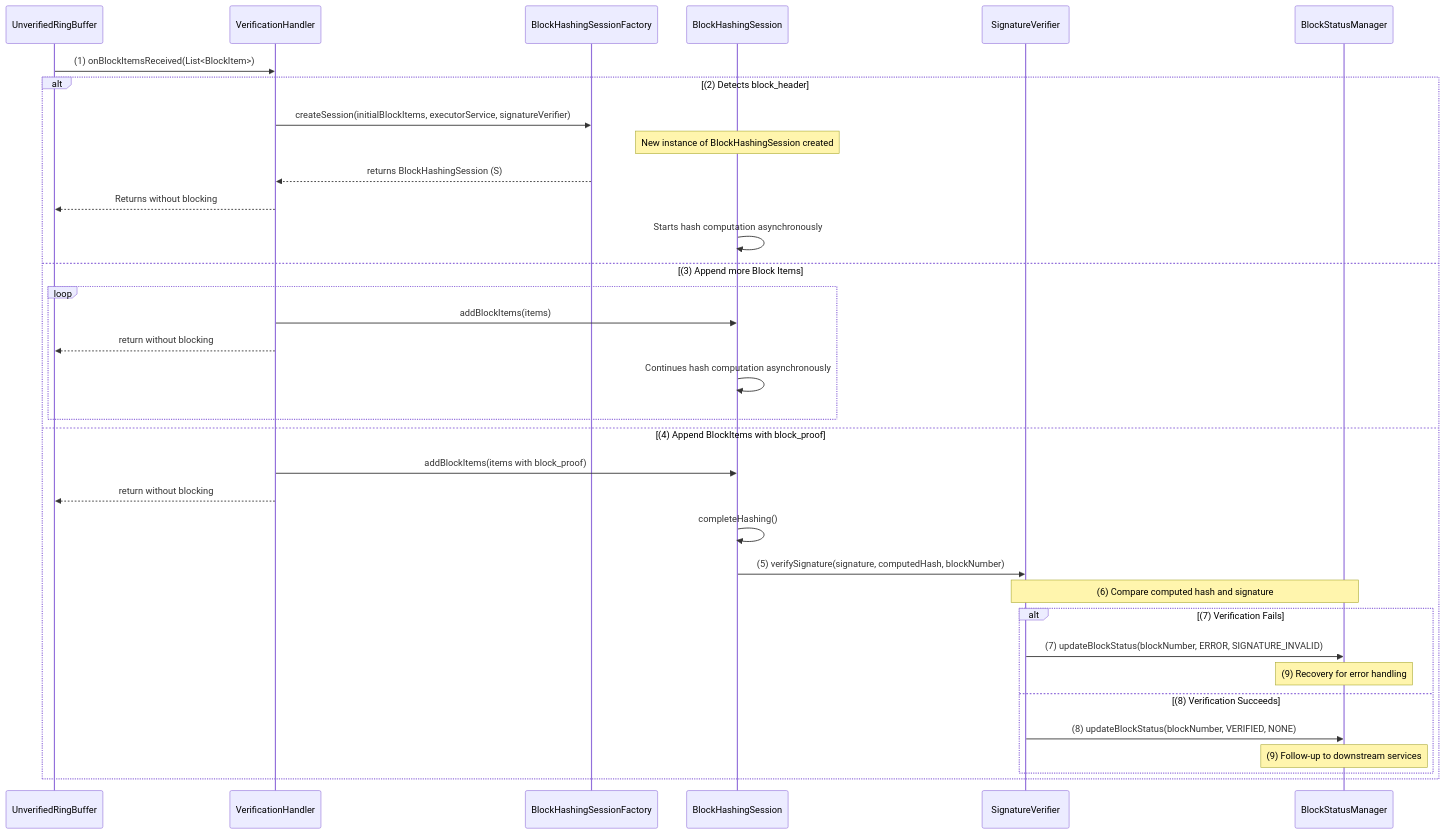
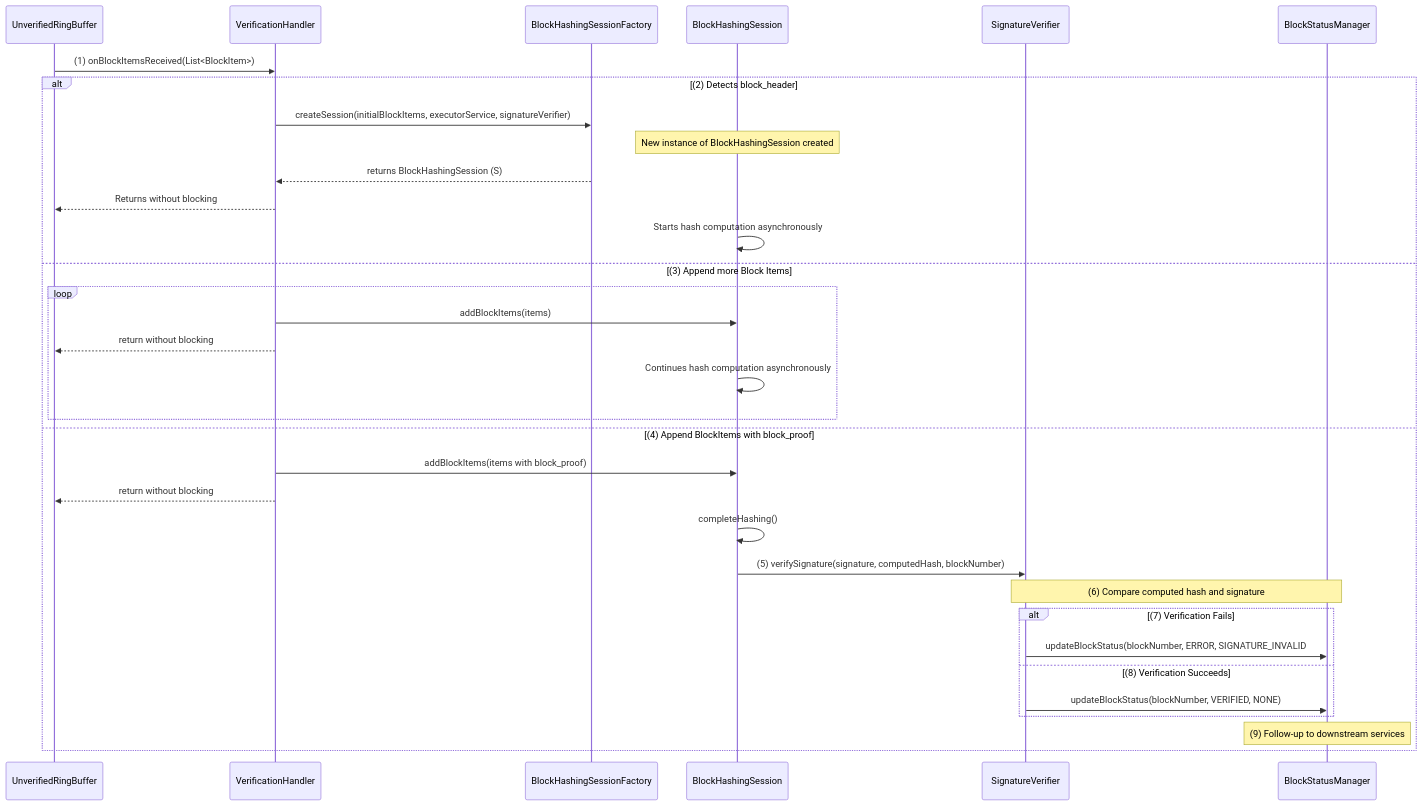
One commit to hashgraph/hedera-block-node changed the diagram in server/docs/design/block-verification.md. Above: the diagram before and after it, drawn with Mermaid.

Commit message:
further simplification and cleaning of diagram

````diff
--- a/server/docs/design/block-verification.md
+++ b/server/docs/design/block-verification.md
@@ -69,51 +69,50 @@
 ```mermaid
 sequenceDiagram
     participant U as UnverifiedRingBuffer
     participant V as VerificationHandler
     participant F as BlockHashingSessionFactory
     participant S as BlockHashingSession
     participant SV as SignaturesequenceDiagram
     participant U as UnverifiedRingBuffer
     participant V as VerificationHandler
     participant F as BlockHashingSessionFactory
     participant S as BlockHashingSession
     participant SV as SignatureVerifier
     participant BSM as BlockStatusManager
 
         
     U->>V: (1) onBlockItemsReceived(List<BlockItem>)        
     
     alt (2) Detects block_header
     
     V->>F: createSession(initialBlockItems, executorService, signatureVerifier)
     Note over S: New instance of BlockHashingSession created
     F-->>V: returns BlockHashingSession (S)
     V-->>U: Returns without blocking
     S->>S: Starts hash computation asynchronously
     
     else (3) Append more Block Items
     loop
     V->>S: addBlockItems(items)
     V-->>U: return without blocking
     S->>S: Continues hash computation asynchronously
     end
 
     else (4) Append BlockItems with block_proof
    
     V->>S: addBlockItems(items with block_proof)
     V-->>U: return without blocking    
     S->>S: completeHashing()   
 
     S->>SV: (5) verifySignature(signature, computedHash, blockNumber)    
 
     Note over SV,BSM: (6) Compare computed hash and signature
     alt (7) Verification Fails
-      SV->>BSM: (7) updateBlockStatus(blockNumber, ERROR, SIGNATURE_INVALID)
-      Note over BSM: (9) Recovery for error handling
+      SV->>BSM: updateBlockStatus(blockNumber, ERROR, SIGNATURE_INVALID      
     else (8) Verification Succeeds
-      SV->>BSM: (8) updateBlockStatus(blockNumber, VERIFIED, NONE)
-      Note over BSM: (9) Follow-up to downstream services
+      SV->>BSM: updateBlockStatus(blockNumber, VERIFIED, NONE)      
     end
+    Note over BSM: (9) Follow-up to downstream services
     end
 
 ```
````
